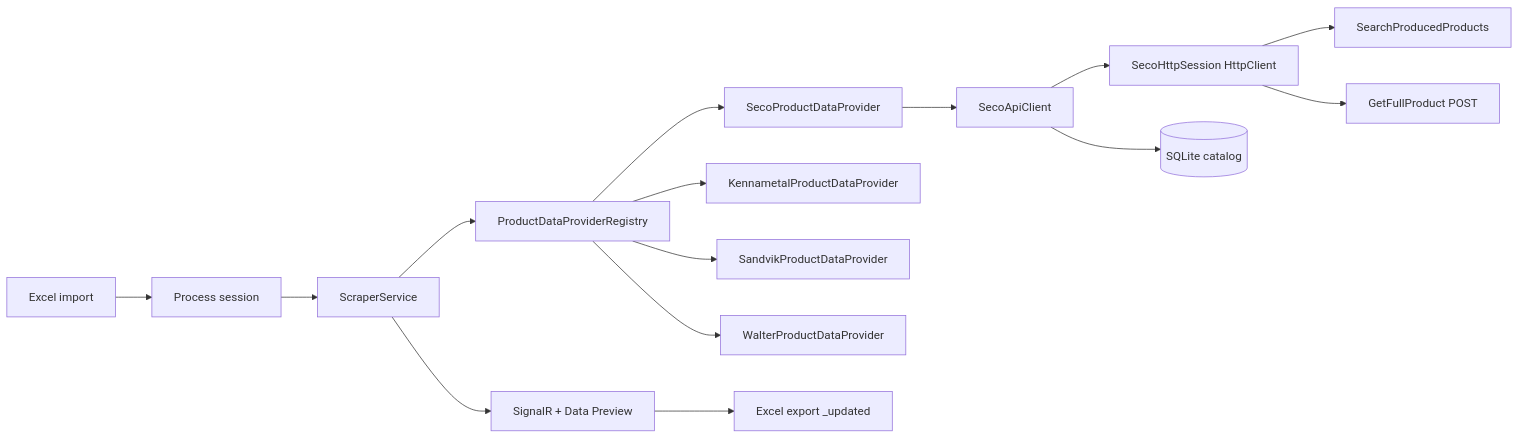
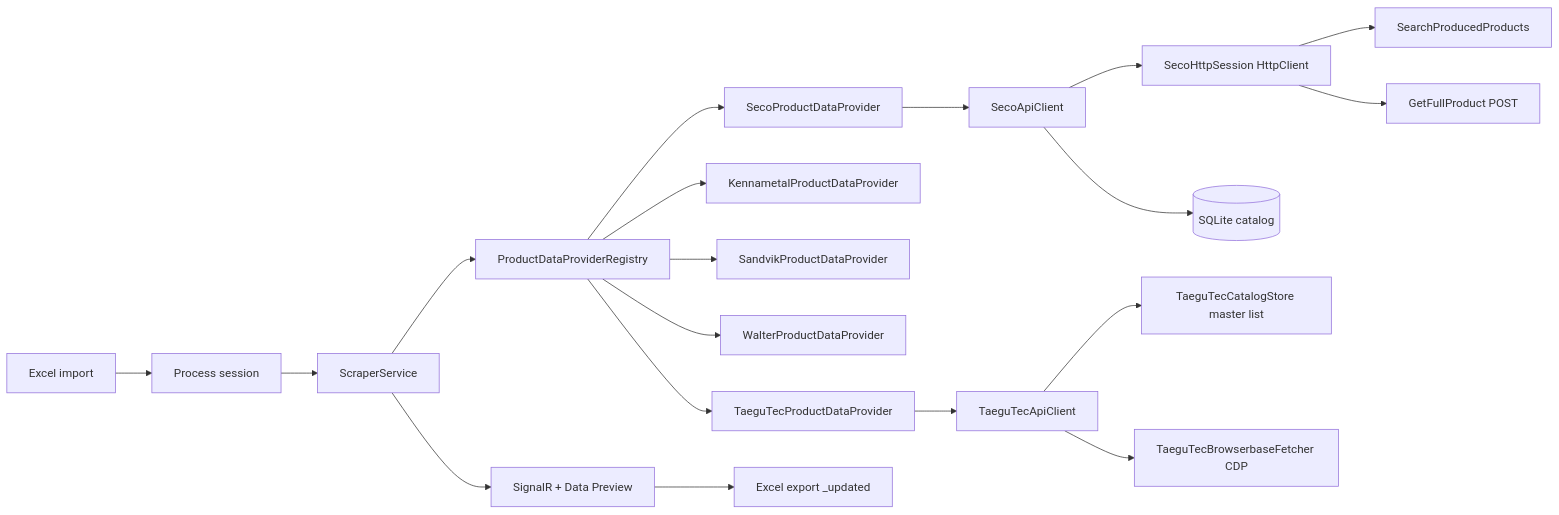
The diagram in README.md (HakimHisham1991/Auto-Tool-Catalog), drawn with Mermaid before and after one commit. The commit also changed other lines of this file and 7 other files, not shown here.

````diff
--- a/README.md
+++ b/README.md
@@ -35,17 +37,21 @@
 ```mermaid
 flowchart LR
   Excel[Excel import] --> Session[Process session]
   Session --> Scraper[ScraperService]
   Scraper --> Registry[ProductDataProviderRegistry]
   Registry --> SECO[SecoProductDataProvider]
   Registry --> Kennametal[KennametalProductDataProvider]
   Registry --> Sandvik[SandvikProductDataProvider]
   Registry --> Walter[WalterProductDataProvider]
+  Registry --> TaeguTec[TaeguTecProductDataProvider]
   SECO --> Api[SecoApiClient]
   Api --> Session2[SecoHttpSession HttpClient]
   Session2 --> Search[SearchProducedProducts]
   Session2 --> Product[GetFullProduct POST]
+  TaeguTec --> TApi[TaeguTecApiClient]
+  TApi --> TStore[TaeguTecCatalogStore master list]
+  TApi --> TBB[TaeguTecBrowserbaseFetcher CDP]
   Api --> SQLite[(SQLite catalog)]
   Scraper --> UI[SignalR + Data Preview]
   UI --> Export[Excel export _updated]
 ```
````
